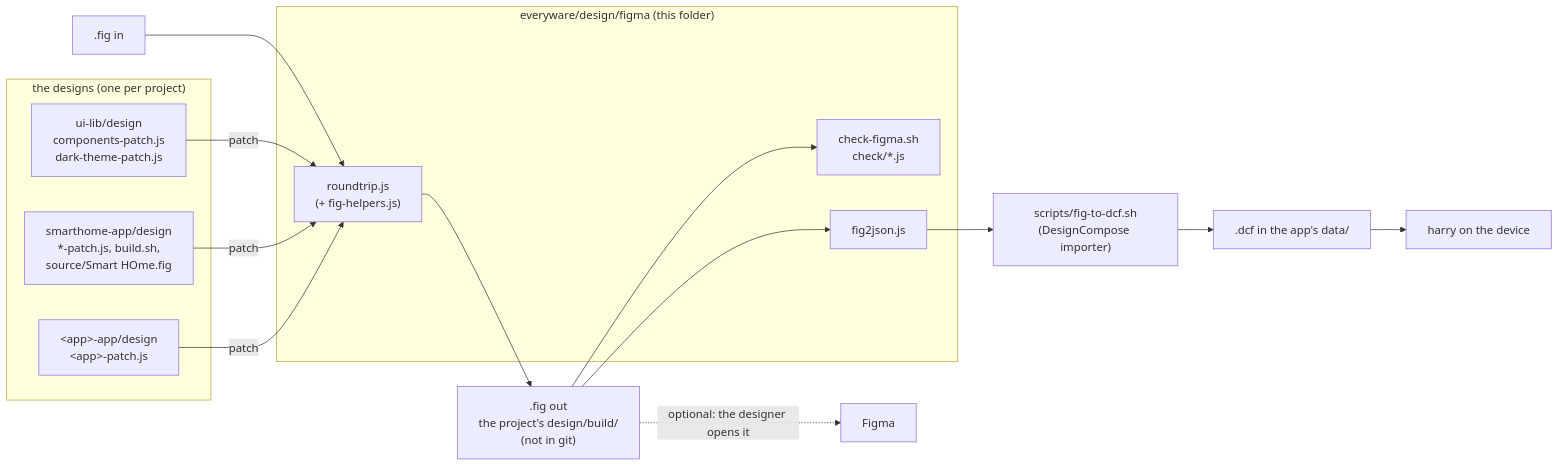
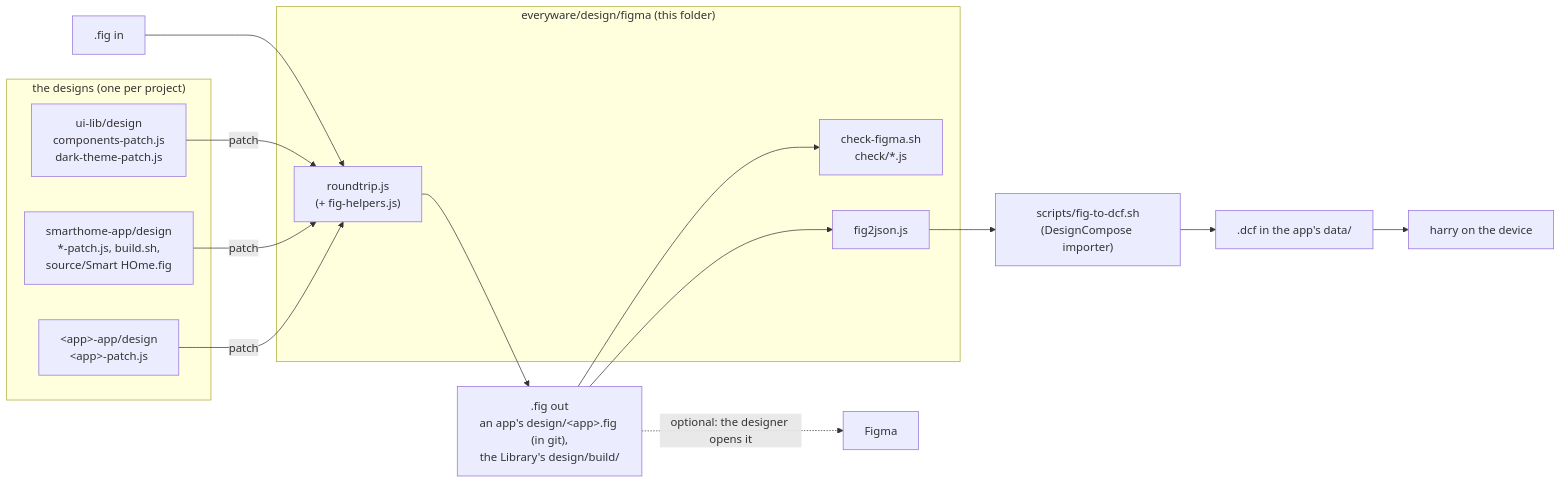
One commit to sdv-everyware/everyware changed the second of 5 diagrams in design/figma/README.md. Above: the diagram before and after it, drawn with Mermaid. The commit also changed other lines of this file, not shown here.

Commit message:
design/figma/README: an app's .fig is design/<app>.fig, in git

````diff
--- a/design/figma/README.md
+++ b/design/figma/README.md
@@ -41,20 +41,20 @@
 ```mermaid
 flowchart LR
   subgraph owners["the designs (one per project)"]
     L["ui-lib/design<br/>components-patch.js<br/>dark-theme-patch.js"]
     P["smarthome-app/design<br/>*-patch.js, build.sh,<br/>source/Smart HOme.fig"]
     A["&lt;app&gt;-app/design<br/>&lt;app&gt;-patch.js"]
   end
   subgraph tools["everyware/design/figma (this folder)"]
     RT["roundtrip.js<br/>(+ fig-helpers.js)"]
     CK["check-figma.sh<br/>check/*.js"]
     FJ["fig2json.js"]
   end
   IN[".fig in"] --> RT
   L & P & A -->|patch| RT
-  RT --> OUT[".fig out<br/>the project's design/build/<br/>(not in git)"]
+  RT --> OUT[".fig out<br/>an app's design/&lt;app&gt;.fig (in git),<br/>the Library's design/build/"]
   OUT --> CK
   OUT --> FJ --> DCF["scripts/fig-to-dcf.sh<br/>(DesignCompose importer)"] --> D[".dcf in the app's data/"]
   OUT -.->|optional: the designer opens it| FIG["Figma"]
   D --> H["harry on the device"]
 ```
````
